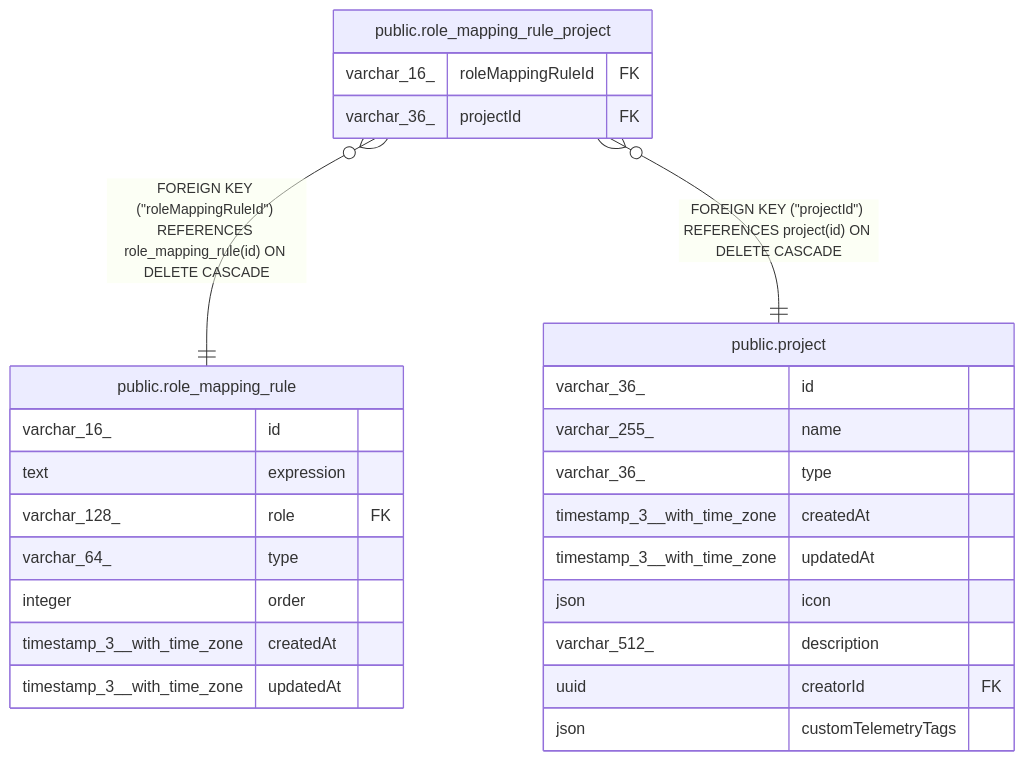
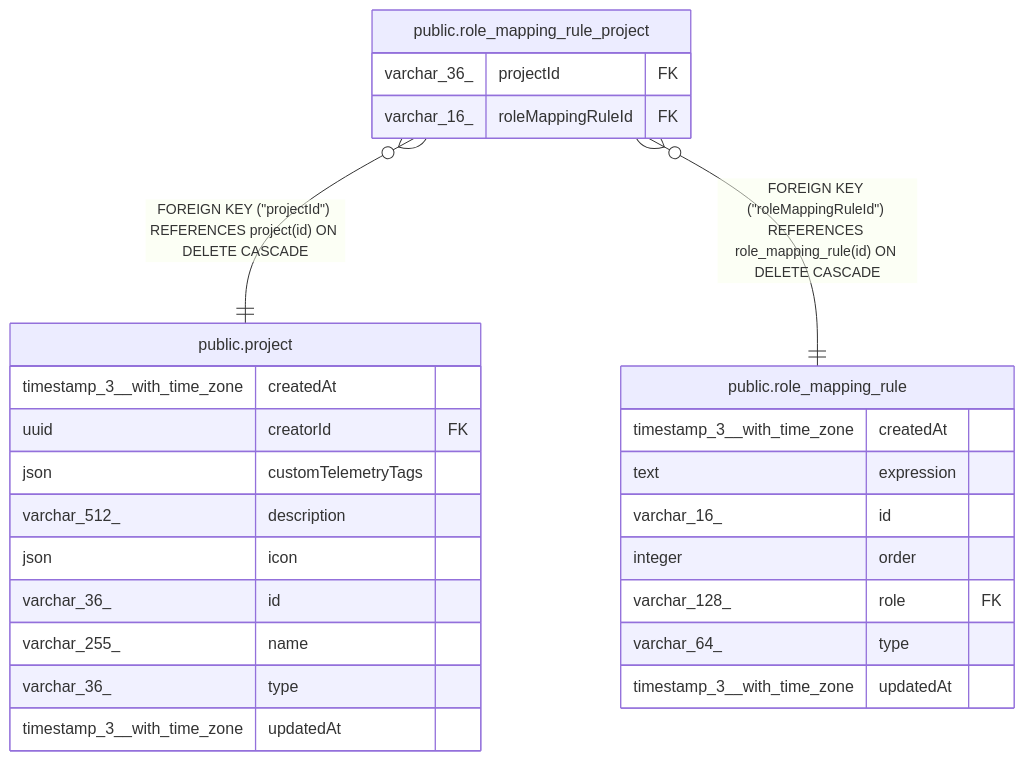
One commit to mayankjain1815-commits/n8n changed the diagram in docs/generated/postgres-schema/public.role_mapping_rule_project.md. Above: the diagram before and after it, drawn with Mermaid. The commit also changed other lines of this file and 221 other files, not shown here.

Commit message:
chore(core): Make DB schema docs generation deterministic (#32373)

````diff
--- a/docs/generated/postgres-schema/public.role_mapping_rule_project.md
+++ b/docs/generated/postgres-schema/public.role_mapping_rule_project.md
@@ -29,31 +29,31 @@
 ```mermaid
 erDiagram
 
+"public.role_mapping_rule_project" }o--|| "public.project" : "FOREIGN KEY (#quot;projectId#quot;) REFERENCES project(id) ON DELETE CASCADE"
 "public.role_mapping_rule_project" }o--|| "public.role_mapping_rule" : "FOREIGN KEY (#quot;roleMappingRuleId#quot;) REFERENCES role_mapping_rule(id) ON DELETE CASCADE"
-"public.role_mapping_rule_project" }o--|| "public.project" : "FOREIGN KEY (#quot;projectId#quot;) REFERENCES project(id) ON DELETE CASCADE"
 
 "public.role_mapping_rule_project" {
+  varchar_36_ projectId FK
   varchar_16_ roleMappingRuleId FK
-  varchar_36_ projectId FK
-}
-"public.role_mapping_rule" {
-  varchar_16_ id
-  text expression
-  varchar_128_ role FK
-  varchar_64_ type
-  integer order
-  timestamp_3__with_time_zone createdAt
-  timestamp_3__with_time_zone updatedAt
 }
 "public.project" {
+  timestamp_3__with_time_zone createdAt
+  uuid creatorId FK
+  json customTelemetryTags
+  varchar_512_ description
+  json icon
   varchar_36_ id
   varchar_255_ name
   varchar_36_ type
+  timestamp_3__with_time_zone updatedAt
+}
+"public.role_mapping_rule" {
   timestamp_3__with_time_zone createdAt
+  text expression
+  varchar_16_ id
+  integer order
+  varchar_128_ role FK
+  varchar_64_ type
   timestamp_3__with_time_zone updatedAt
-  json icon
-  varchar_512_ description
-  uuid creatorId FK
-  json customTelemetryTags
 }
 ```
````
